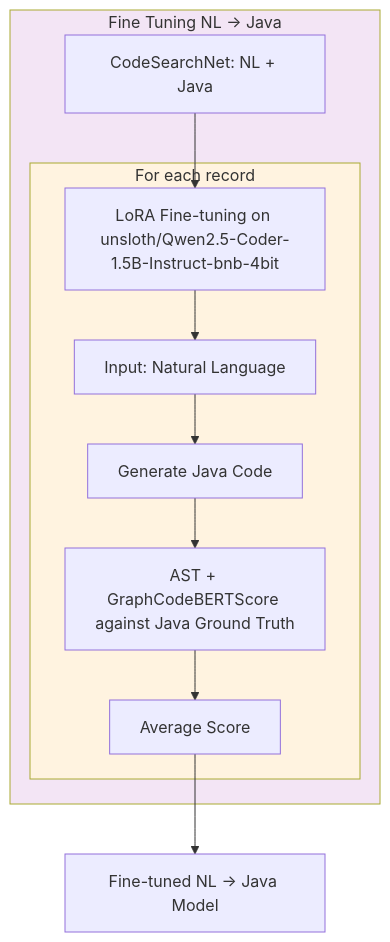
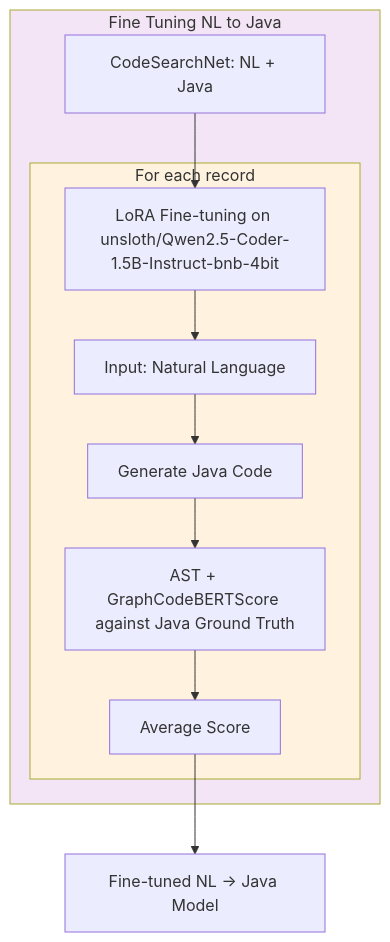
Before and after one commit to nayanjha16/CodeGen-Implementations-May_26: the third of 4 diagrams in Architecture/Diagram_NL_Java_CSharp.md, drawn with Mermaid. The commit also changed other lines of this file, not shown here.

````diff
--- a/Architecture/Diagram_NL_Java_CSharp.md
+++ b/Architecture/Diagram_NL_Java_CSharp.md
@@ -78,18 +78,18 @@
 ``` mermaid
 flowchart TD
-subgraph Training[Fine Tuning NL -> Java]
+subgraph Training["Fine Tuning NL to Java"]
 A[CodeSearchNet: NL + Java] --> B[LoRA Fine-tuning on unsloth/Qwen2.5-Coder-1.5B-Instruct-bnb-4bit]
 
 subgraph PerRecord[For each record]
 B --> C[Input: Natural Language]
 C --> D[Generate Java Code]
 D --> E[AST + GraphCodeBERTScore against Java Ground Truth]
 E --> F[Average Score]
 end
 end
 
 F --> G[Fine-tuned NL -> Java Model]
 
 style Training fill:#f3e5f5
 style PerRecord fill:#fff3e0
 ```
````
